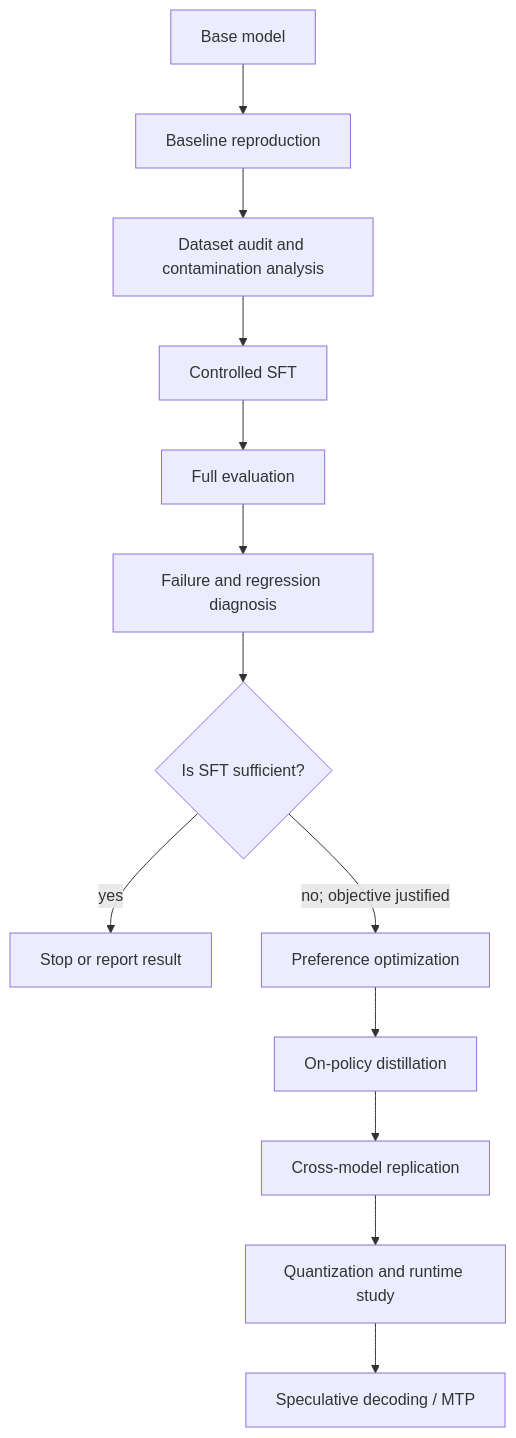
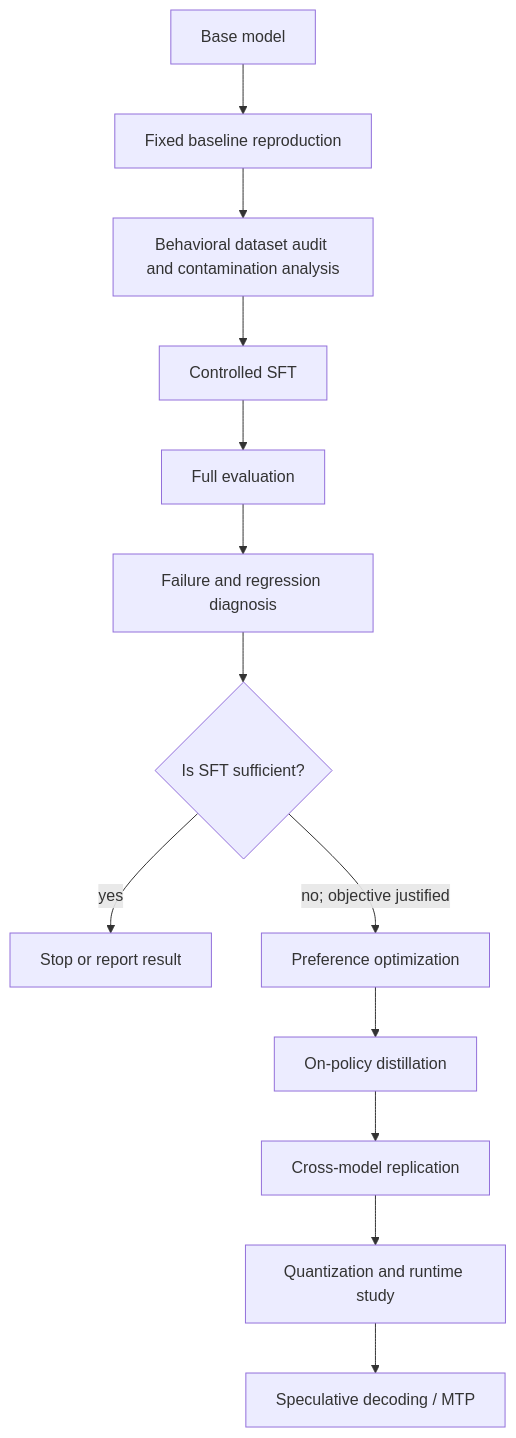
The second of 3 diagrams in README.md (arrogance231/OpenGrad), drawn with Mermaid before and after one commit. The commit also changed other lines of this file and 39 other files, not shown here.

````diff
--- a/README.md
+++ b/README.md
@@ -116,15 +116,15 @@
 ```mermaid
 flowchart TD
-    A[Base model] --> B[Baseline reproduction]
-    B --> C[Dataset audit and contamination analysis]
+    A[Base model] --> B[Fixed baseline reproduction]
+    B --> C[Behavioral dataset audit and contamination analysis]
     C --> D[Controlled SFT]
     D --> E[Full evaluation]
     E --> F[Failure and regression diagnosis]
     F --> G{Is SFT sufficient?}
     G -->|yes| H[Stop or report result]
     G -->|no; objective justified| I[Preference optimization]
     I --> J[On-policy distillation]
     J --> K[Cross-model replication]
     K --> L[Quantization and runtime study]
     L --> M[Speculative decoding / MTP]
 ```
````
